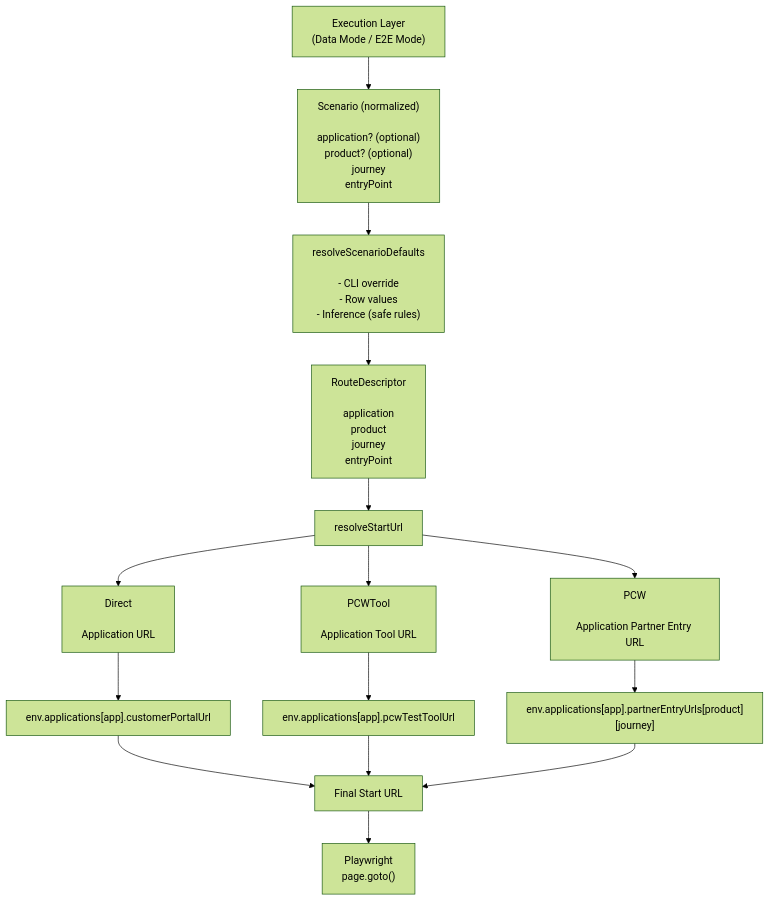
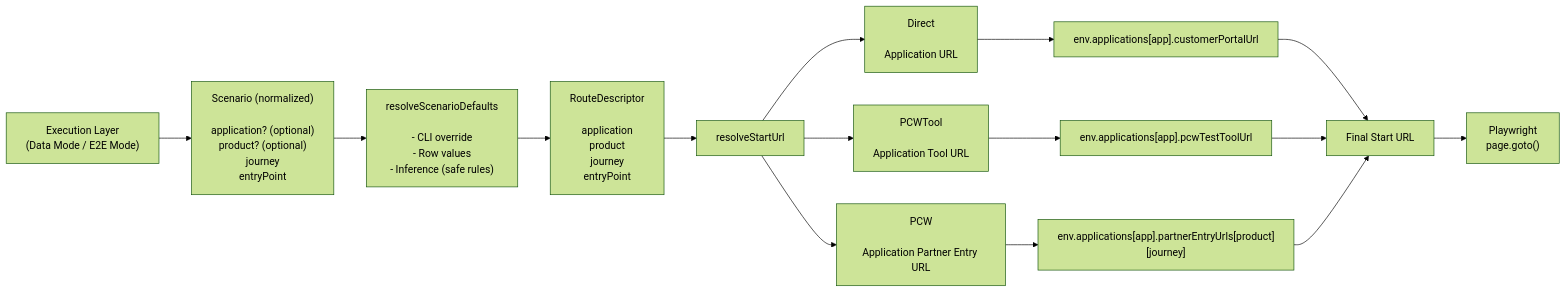
One commit to vijaytomar81/AZOnline changed the diagram in src/config/README.md. Above: the diagram before and after it, drawn with Mermaid (forest theme).

````diff
--- a/src/config/README.md
+++ b/src/config/README.md
@@ -246,42 +246,42 @@
 ```mermaid
 
-flowchart TD
+flowchart LR
 
     A["Execution Layer<br/>(Data Mode / E2E Mode)"]
     B["Scenario (normalized)<br/><br/>application? (optional)<br/>product? (optional)<br/>journey<br/>entryPoint"]
     C["resolveScenarioDefaults<br/><br/>- CLI override<br/>- Row values<br/>- Inference (safe rules)"]
     D["RouteDescriptor<br/><br/>application<br/>product<br/>journey<br/>entryPoint"]
     E["resolveStartUrl"]
 
     F1["Direct<br/><br/>Application URL"]
     F2["PCWTool<br/><br/>Application Tool URL"]
     F3["PCW<br/><br/>Application Partner Entry URL"]
 
     G1["env.applications[app].customerPortalUrl"]
     G2["env.applications[app].pcwTestToolUrl"]
     G3["env.applications[app].partnerEntryUrls[product][journey]"]
 
     H["Final Start URL"]
     I["Playwright<br/>page.goto()"]
 
     %% Flow
     A --> B
     B --> C
     C --> D
     D --> E
 
     E --> F1
     E --> F2
     E --> F3
 
     F1 --> G1
     F2 --> G2
     F3 --> G3
 
     G1 --> H
     G2 --> H
     G3 --> H
 
     H --> I
 
 ```
````
